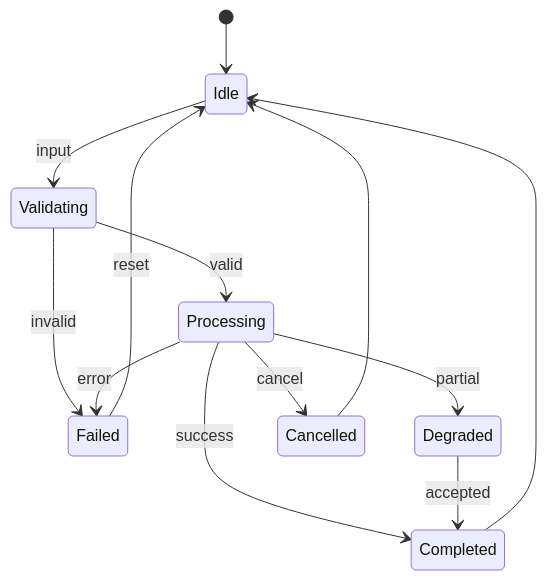
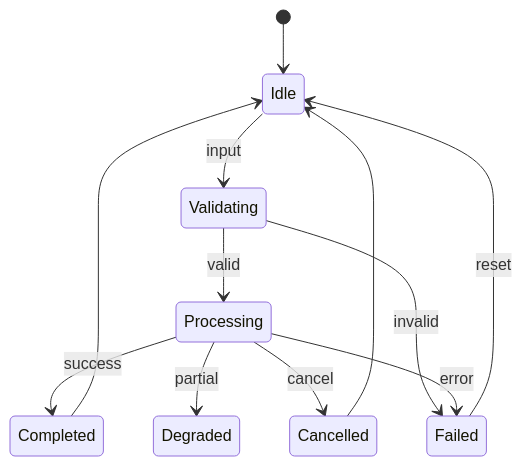
One commit to Ratandeep-purohit/OmniSense-AI changed the third of 4 diagrams in PHASE/02_VISUAL_PROCESSING.md. Above: the diagram before and after it, drawn with Mermaid. The commit also changed other lines of this file, not shown here.

````diff
--- a/PHASE/02_VISUAL_PROCESSING.md
+++ b/PHASE/02_VISUAL_PROCESSING.md
@@ -989,15 +888,14 @@
 ```mermaid
 stateDiagram-v2
 [*] --> Idle
 Idle --> Validating: input
 Validating --> Processing: valid
 Validating --> Failed: invalid
 Processing --> Completed: success
 Processing --> Degraded: partial
 Processing --> Cancelled: cancel
 Processing --> Failed: error
-Degraded --> Completed: accepted
 Completed --> Idle
 Cancelled --> Idle
 Failed --> Idle: reset
 ```
````
